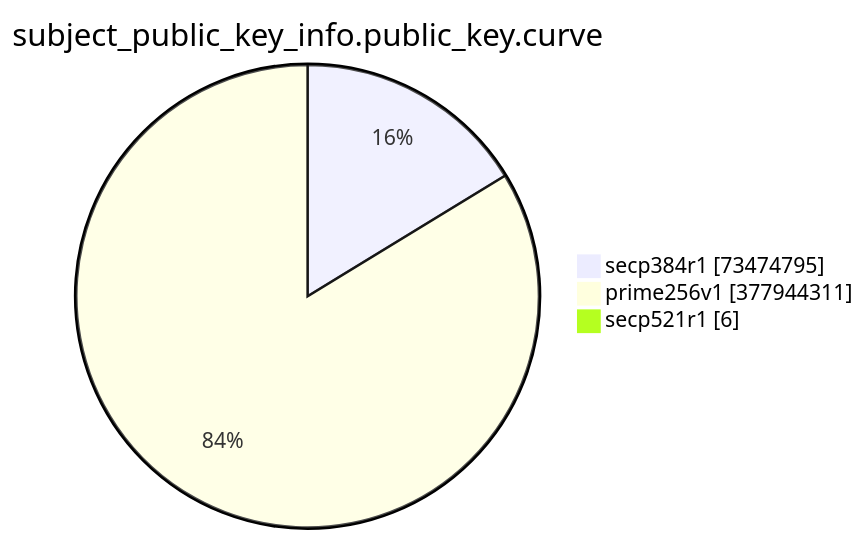
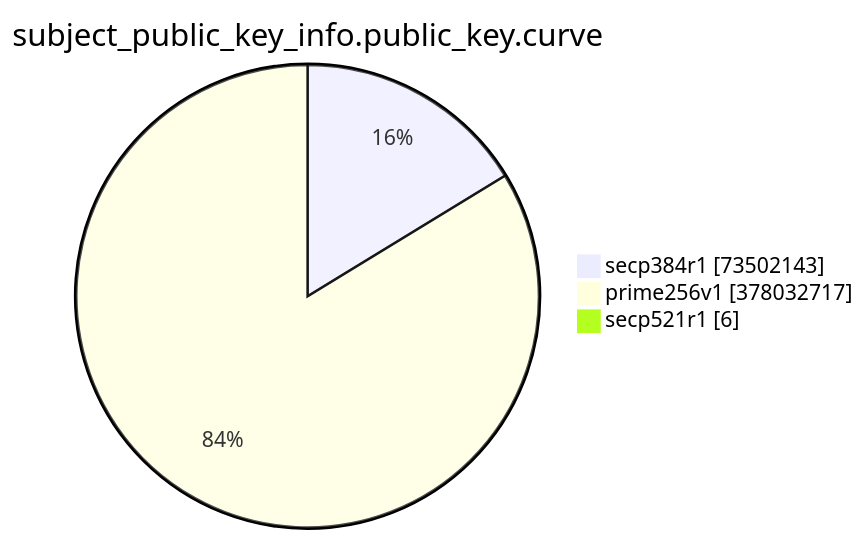
Before and after one commit to christiankrug/ctmonitor_visualization: the eighth of 15 diagrams in TOTAL/README.md, drawn with Mermaid. The commit also changed other lines of this file, not shown here.

````diff
--- a/TOTAL/README.md
+++ b/TOTAL/README.md
@@ -3094,7 +3094,7 @@
 ```mermaid
 pie showData
 title subject_public_key_info.public_key.curve
-"secp384r1" :73474795
-"prime256v1" :377944311
+"secp384r1" :73502143
+"prime256v1" :378032717
 "secp521r1" :6
 ```
````
